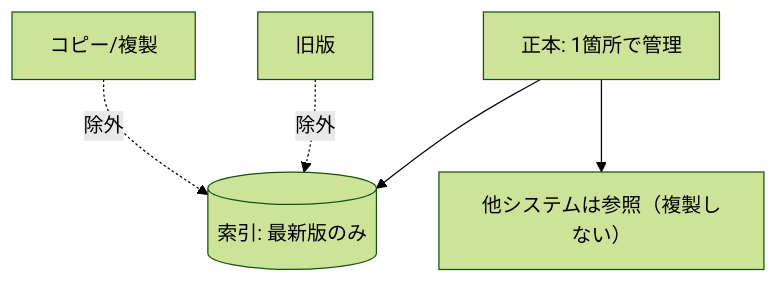
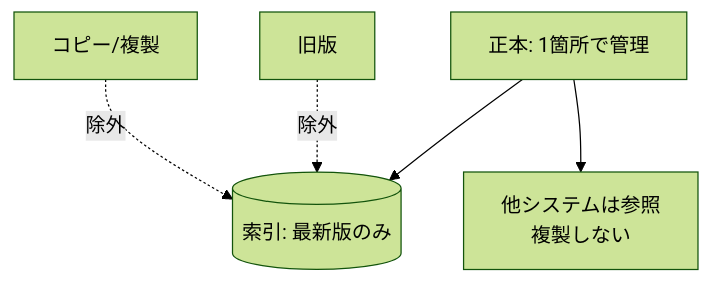
One commit to mike-sugimoto/ai-tech-notes changed the first of 2 diagrams in src/content/docs/data-modeling/versioning.md. Above: the diagram before and after it, drawn with Mermaid (forest theme). The commit also changed other lines of this file and 4 other files, not shown here.

````diff
--- a/src/content/docs/data-modeling/versioning.md
+++ b/src/content/docs/data-modeling/versioning.md
@@ -14,7 +15,7 @@
 ```mermaid
 flowchart TB
     SSOT[正本: 1箇所で管理] --> IDX[(索引: 最新版のみ)]
-    OLD[旧版] -.除外.-> IDX
-    COPY[コピー/複製] -.除外.-> IDX
-    SSOT --> REF[他システムは参照（複製しない）]
+    OLD[旧版] -. 除外 .-> IDX
+    COPY[コピー/複製] -. 除外 .-> IDX
+    SSOT --> REF[他システムは参照<br/>複製しない]
 ```
````
